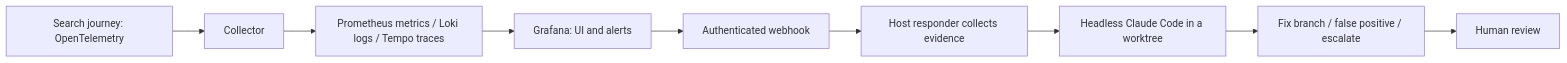
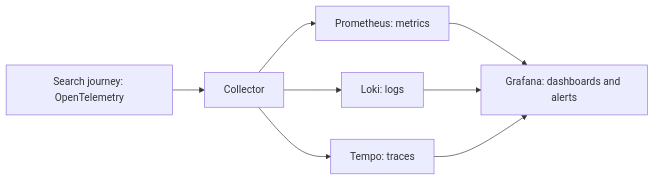
One commit to alexisdacquay/sail-event changed the fifth of 7 diagrams in README.md. Above: the diagram before and after it, drawn with Mermaid. The commit also changed other lines of this file and 3 other files, not shown here.

````diff
--- a/README.md
+++ b/README.md
@@ -164,11 +279,10 @@
 ```mermaid
 flowchart LR
     A[Search journey: OpenTelemetry] --> C[Collector]
-    C --> S[Prometheus metrics / Loki logs / Tempo traces]
-    S --> G[Grafana: UI and alerts]
-    G --> W[Authenticated webhook]
-    W --> E[Host responder collects evidence]
-    E --> R[Headless Claude Code in a worktree]
-    R --> V[Fix branch / false positive / escalate]
-    V --> H[Human review]
+    C --> P[Prometheus: metrics]
+    C --> L[Loki: logs]
+    C --> T[Tempo: traces]
+    P --> G[Grafana: dashboards and alerts]
+    L --> G
+    T --> G
 ```
````
